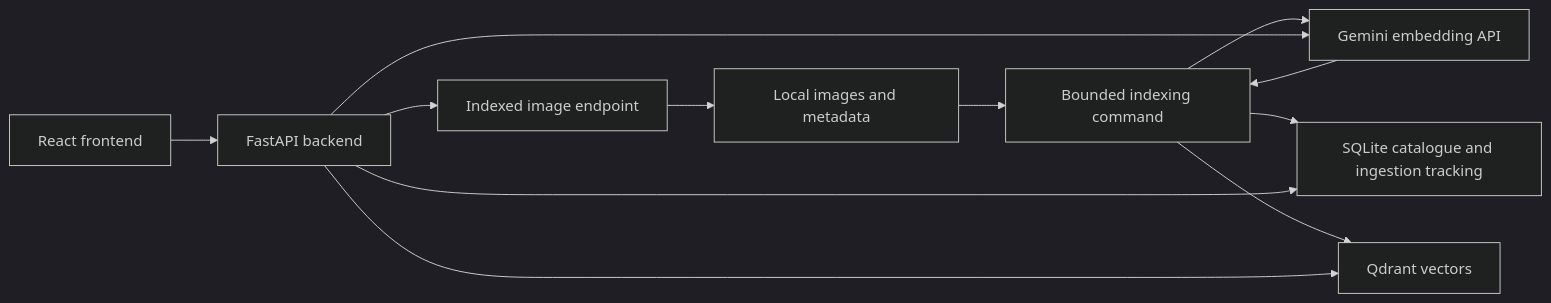
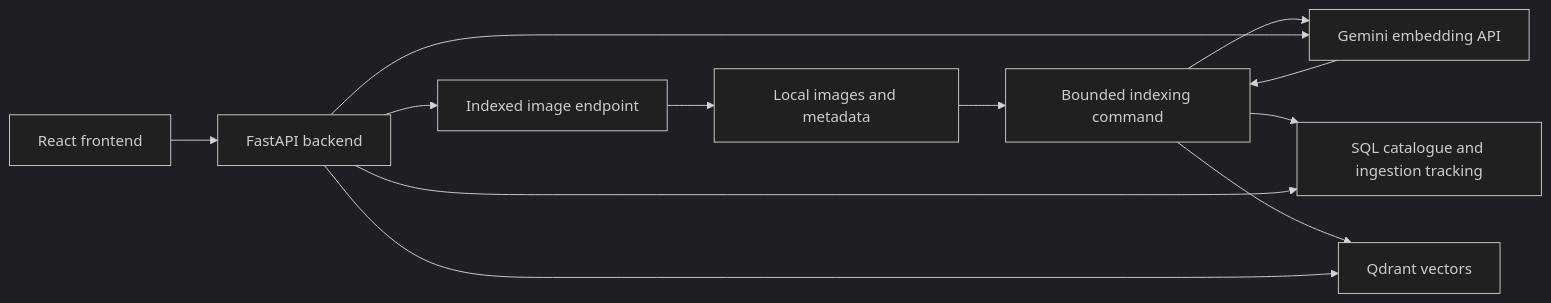
One commit to CoralLeiCN/multimodal changed the diagram in docs/multimodal_search_spec.md. Above: the diagram before and after it, drawn with Mermaid (dark theme). The commit also changed other lines of this file and 66 other files, not shown here.

````diff
--- a/docs/multimodal_search_spec.md
+++ b/docs/multimodal_search_spec.md
@@ -151,14 +151,14 @@
 ```mermaid
 flowchart LR
     D[Local images and metadata] --> I[Bounded indexing command]
     I --> G[Gemini embedding API]
     G --> I
-    I --> S[SQLite catalogue and ingestion tracking]
+    I --> S[SQL catalogue and ingestion tracking]
     I --> Q[Qdrant vectors]
     B[React frontend] --> A[FastAPI backend]
     A --> G
     A --> S
     A --> Q
     A --> M[Indexed image endpoint]
     M --> D
 ```
````
